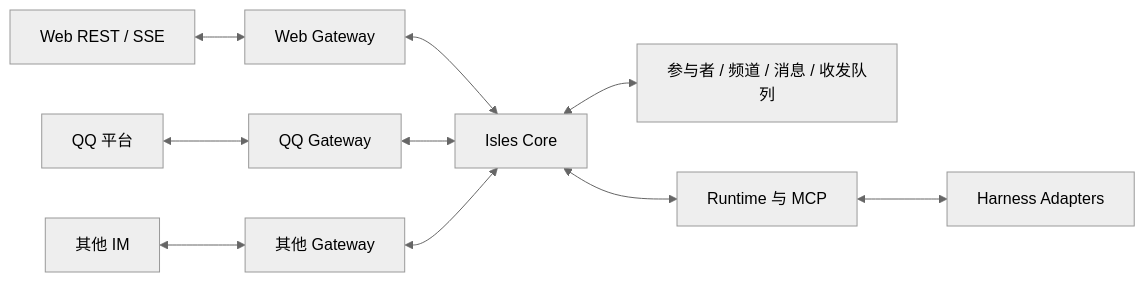
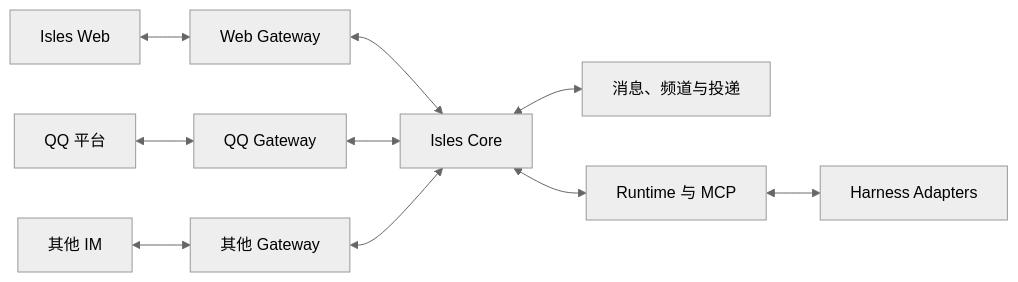
One commit to zch4321/Isles changed the diagram in docs/gateway-design.md. Above: the diagram before and after it, drawn with Mermaid (neutral theme). The commit also changed other lines of this file and 4 other files, not shown here.

````diff
--- a/docs/gateway-design.md
+++ b/docs/gateway-design.md
@@ -68,12 +50,12 @@
 ```mermaid
 flowchart LR
-    Web[Web REST / SSE] <--> GW[Web Gateway]
-    QQ[QQ 平台] <--> GQ[QQ Gateway]
-    IM[其他 IM] <--> GO[其他 Gateway]
-    GW <--> Core[Isles Core]
-    GQ <--> Core
-    GO <--> Core
-    Core <--> Store[参与者 / 频道 / 消息 / 收发队列]
+    Web[Isles Web] <--> WG[Web Gateway]
+    QQ[QQ 平台] <--> QG[QQ Gateway]
+    IM[其他 IM] <--> IG[其他 Gateway]
+    WG <--> Core[Isles Core]
+    QG <--> Core
+    IG <--> Core
+    Core <--> Store[消息、频道与投递]
     Core <--> Runtime[Runtime 与 MCP]
     Runtime <--> Harness[Harness Adapters]
 ```
````
